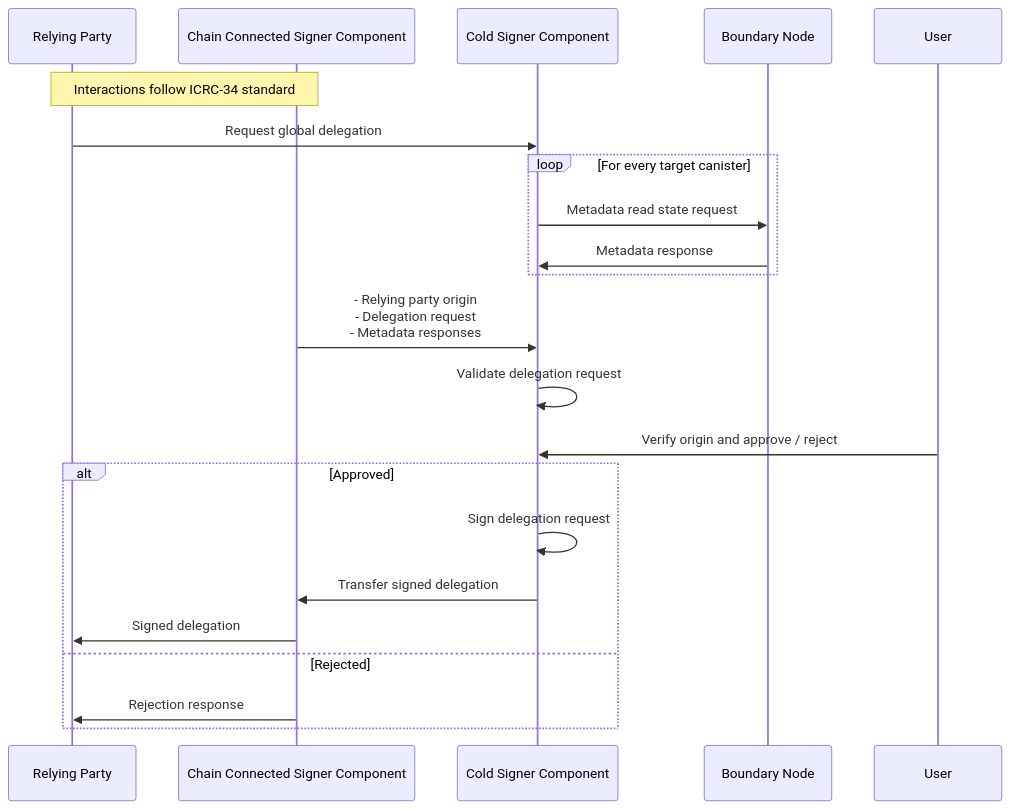
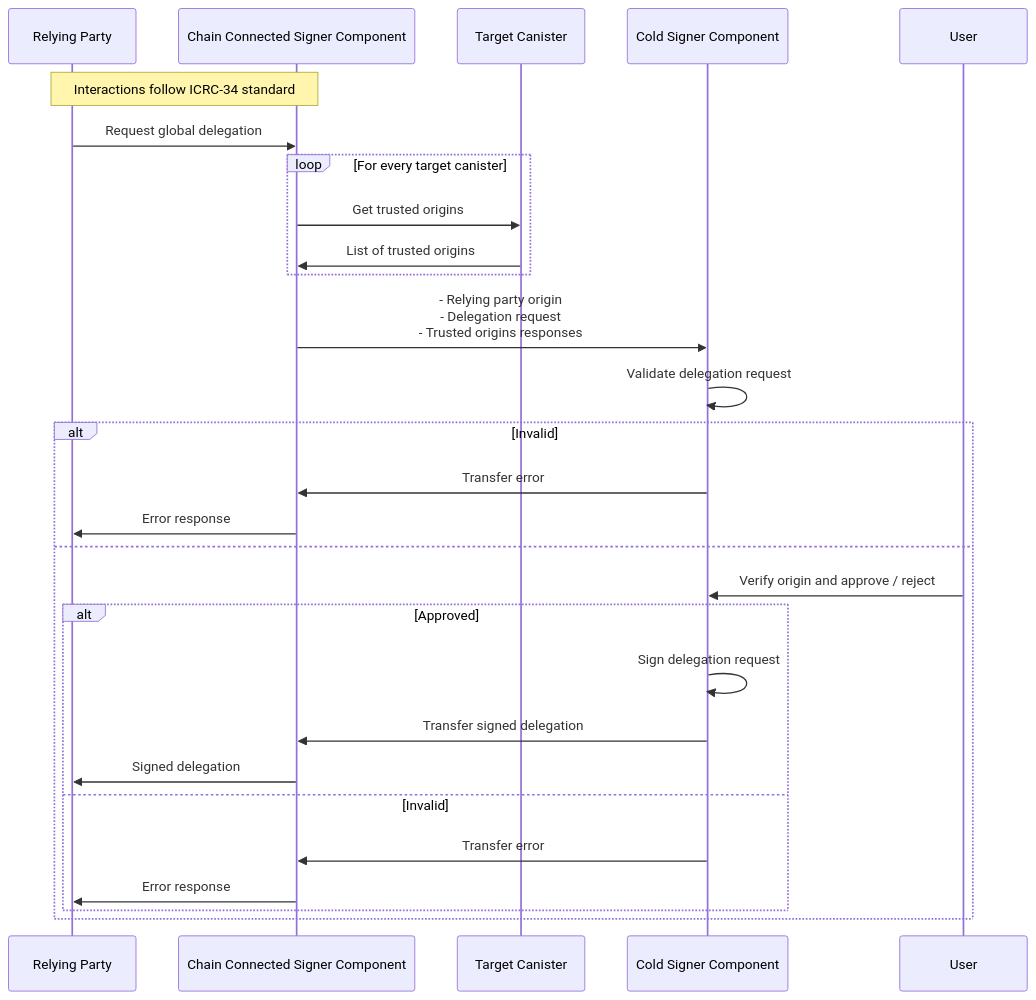
Before and after one commit to dfinity/wg-identity-authentication: the second of 2 diagrams in topics/icrc_28_trusted_origins.md, drawn with Mermaid. The commit also changed other lines of this file and 1 other file, not shown here.

Commit message:
Update ICRC-28 and 57 sequence diagrams.

````diff
--- a/topics/icrc_28_trusted_origins.md
+++ b/topics/icrc_28_trusted_origins.md
@@ -124,24 +125,30 @@
 ```mermaid
 sequenceDiagram
     participant RP as Relying Party
     participant S as Chain Connected Signer Component
+    participant C as Target Canister
     participant CS as Cold Signer Component
-    participant B as Boundary Node
     participant U as User
     Note over RP, S: Interactions follow ICRC-34 standard
-    RP ->> CS: Request global delegation
+    RP ->> S: Request global delegation
     loop For every target canister
-        CS ->> B: Metadata read state request
-        B ->> CS: Metadata response
+        S ->> C: Get trusted origins
+        C ->> S: List of trusted origins
     end
-    S ->> CS: - Relying party origin<br>- Delegation request<br>- Metadata responses
+    S ->> CS: - Relying party origin<br>- Delegation request<br>- Trusted origins responses
     CS ->> CS: Validate delegation request
-    U ->> CS: Verify origin and approve / reject
-    alt Approved
-        CS ->> CS: Sign delegation request
-        CS ->> S: Transfer signed delegation
-        S ->> RP: Signed delegation
-    else Rejected
-        S ->> RP: Rejection response
+    alt Invalid
+        CS ->> S: Transfer error
+        S ->> RP: Error response
+    else
+        U ->> CS: Verify origin and approve / reject
+        alt Approved
+            CS ->> CS: Sign delegation request
+            CS ->> S: Transfer signed delegation
+            S ->> RP: Signed delegation
+        else Invalid
+            CS ->> S: Transfer error
+            S ->> RP: Error response
+        end
     end
 ```
````
